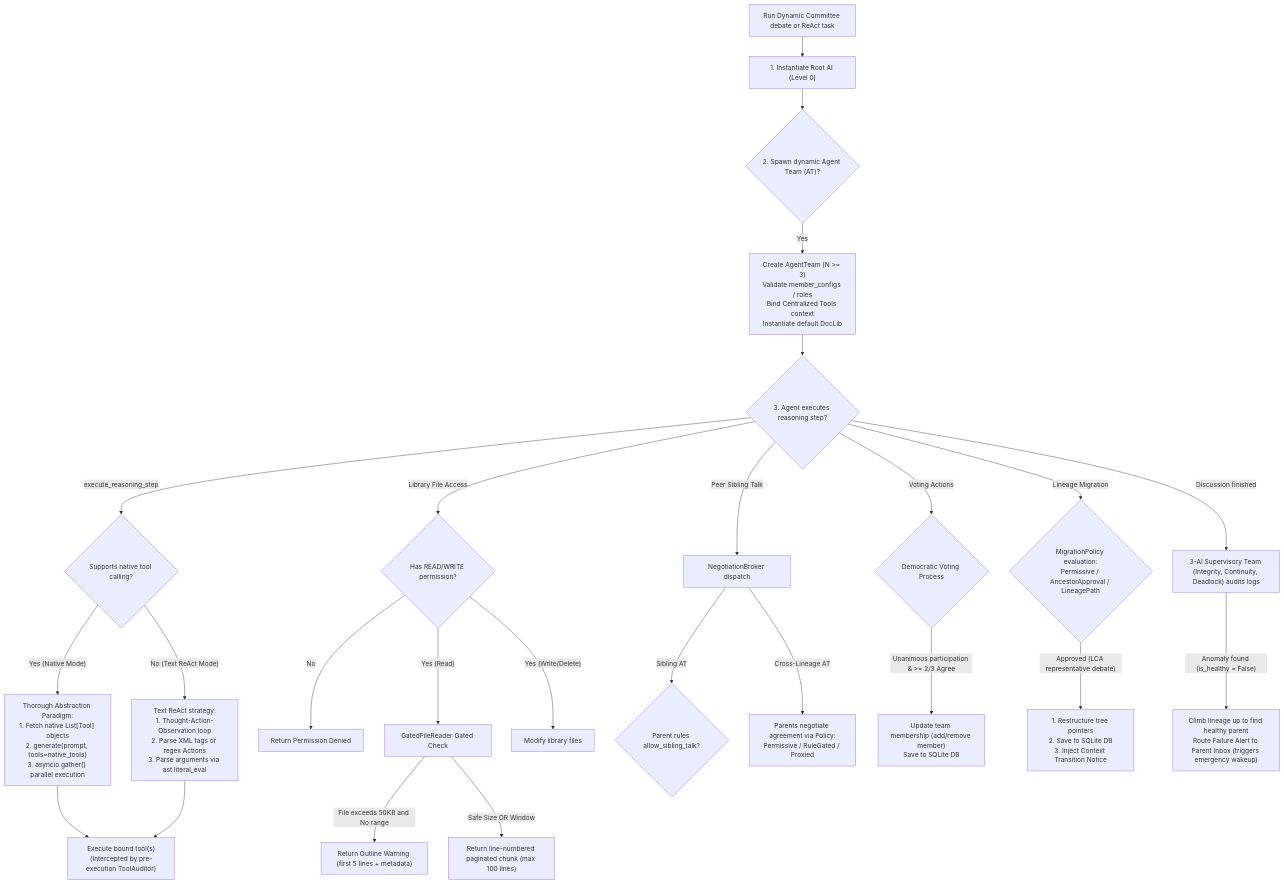
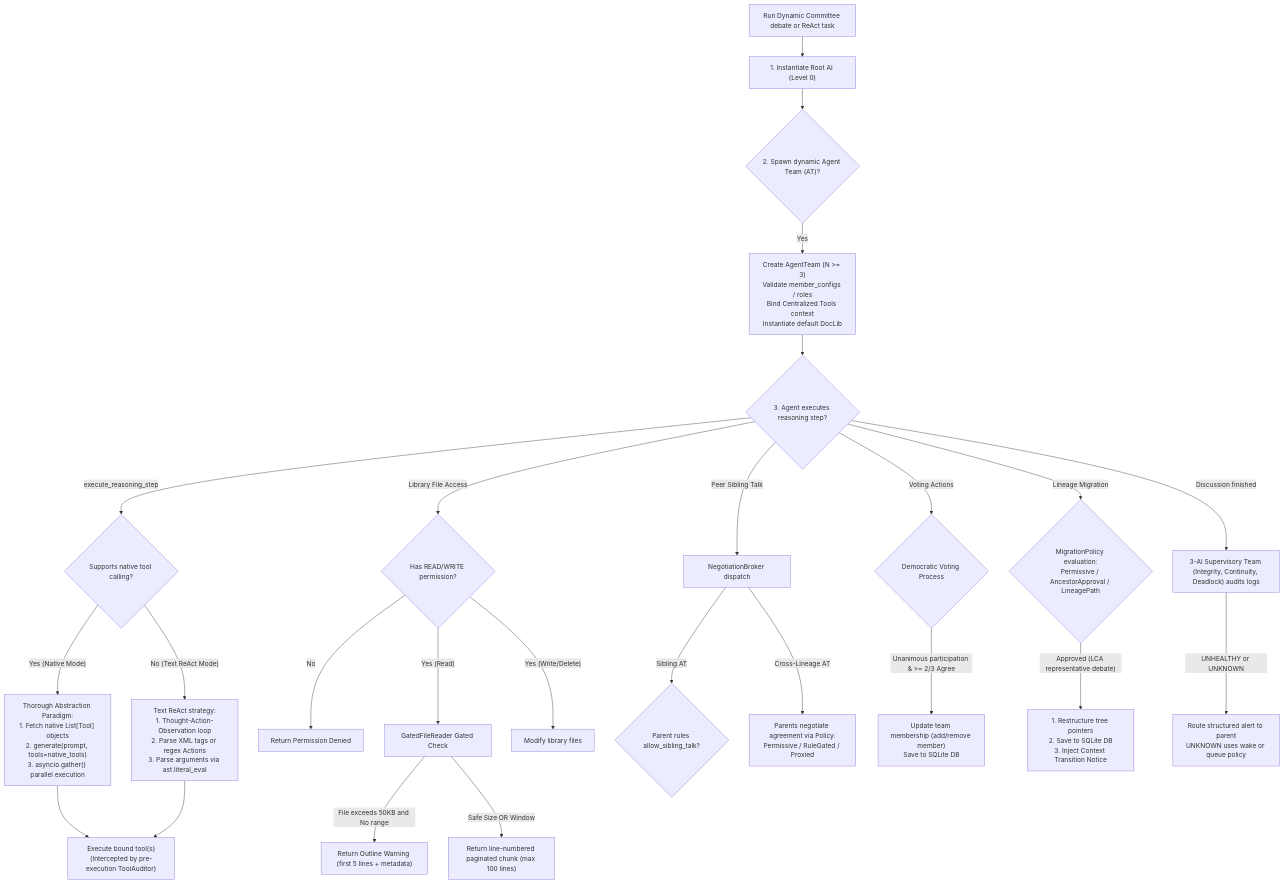
Before and after one commit to AI-Team-Team/AI-Team-Team: the diagram in docs/flowcharts/README.md, drawn with Mermaid. The commit also changed other lines of this file and 38 other files, not shown here.

````diff
--- a/docs/flowcharts/README.md
+++ b/docs/flowcharts/README.md
@@ -23,38 +23,38 @@
 ```mermaid
 flowchart TD
     Task["Run Dynamic Committee debate or ReAct task"] --> RootNode["1. Instantiate Root AI (Level 0)"]
     
     RootNode --> Spawning{"2. Spawn dynamic Agent Team (AT)?"}
     Spawning -- "Yes" --> SpawningCheck["Create AgentTeam (N >= 3)\nValidate member_configs / roles\nBind Centralized Tools context\nInstantiate default DocLib"]
     
     SpawningCheck --> ToolCall{"3. Agent executes reasoning step?"}
     
     ToolCall -- "execute_reasoning_step" --> StrategyCheck{"Supports native tool calling?"}
     
     StrategyCheck -- "Yes (Native Mode)" --> NativeStrategy["Thorough Abstraction Paradigm:<br/>1. Fetch native List[Tool] objects<br/>2. generate(prompt, tools=native_tools)<br/>3. asyncio.gather() parallel execution"]
     StrategyCheck -- "No (Text ReAct Mode)" --> TextReAct["Text ReAct strategy:<br/>1. Thought-Action-Observation loop<br/>2. Parse XML tags or regex Actions<br/>3. Parse arguments via ast.literal_eval"]
     
     NativeStrategy --> ExecTool["Execute bound tool(s)<br/>(Intercepted by pre-execution ToolAuditor)"]
     TextReAct --> ExecTool
     
     ToolCall -- "Library File Access" --> DocLibPermission{"Has READ/WRITE permission?"}
     DocLibPermission -- "No" --> Denied["Return Permission Denied"]
     DocLibPermission -- "Yes (Read)" --> GatedFileReader["GatedFileReader Gated Check"]
     DocLibPermission -- "Yes (Write/Delete)" --> ExecDoc["Modify library files"]
     
     GatedFileReader -- "File exceeds 50KB and No range" --> Outline["Return Outline Warning (first 5 lines + metadata)"]
     GatedFileReader -- "Safe Size OR Window" --> Chunk["Return line-numbered paginated chunk (max 100 lines)"]
     
     ToolCall -- "Peer Sibling Talk" --> NegotiationBroker["NegotiationBroker dispatch"]
     NegotiationBroker -- "Sibling AT" --> SiblingRule{"Parent rules allow_sibling_talk?"}
     NegotiationBroker -- "Cross-Lineage AT" --> ParentNegotiate["Parents negotiate agreement via Policy:<br/>Permissive / RuleGated / Proxied"]
     
     ToolCall -- "Voting Actions" --> Voting{"Democratic Voting Process"}
     Voting -- "Unanimous participation & >= 2/3 Agree" --> ExecVote["Update team membership (add/remove member)<br/>Save to SQLite DB"]
     
     ToolCall -- "Lineage Migration" --> MigrationCheck{"MigrationPolicy evaluation:<br/>Permissive / AncestorApproval / LineagePath"}
     MigrationCheck -- "Approved (LCA representative debate)" --> MigrationExec["1. Restructure tree pointers<br/>2. Save to SQLite DB<br/>3. Inject Context Transition Notice"]
     
     ToolCall -- "Discussion finished" --> SupervisoryTeam["3-AI Supervisory Team (Integrity, Continuity, Deadlock) audits logs"]
-    SupervisoryTeam -- "Anomaly found (is_healthy = False)" --> Escalate["Climb lineage up to find healthy parent<br/>Route Failure Alert to Parent Inbox (triggers emergency wakeup)"]
+    SupervisoryTeam -- "UNHEALTHY or UNKNOWN" --> Escalate["Route structured alert to parent<br/>UNKNOWN uses wake or queue policy"]
 ```
````
